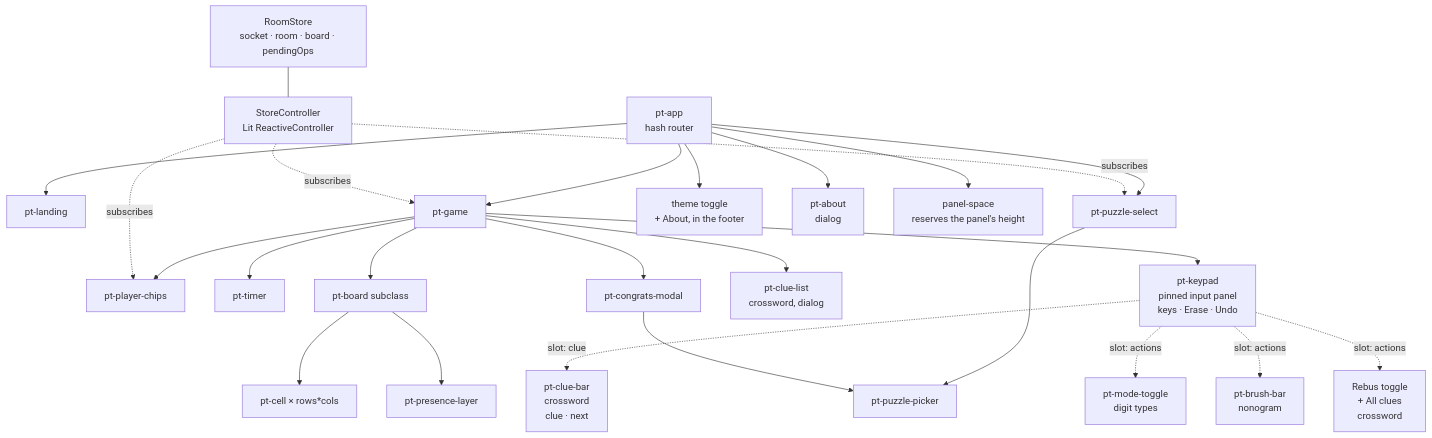
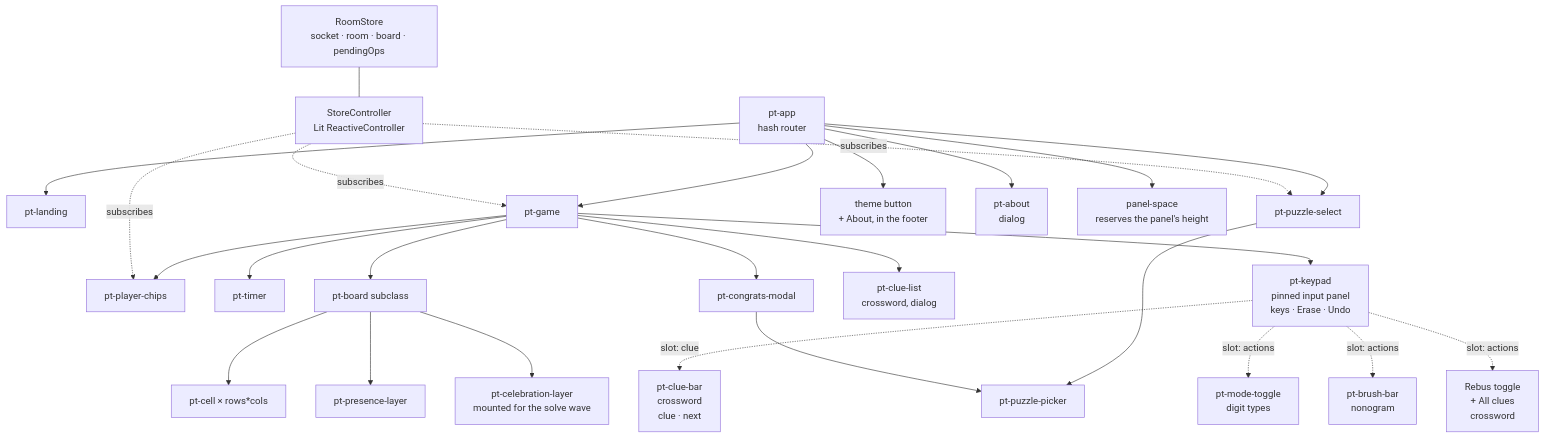
The sixth of 6 diagrams in docs/architecture.md (nikhilasm/puzzletogether), drawn with Mermaid before and after one commit. The commit also changed other lines of this file and 109 other files, not shown here.

````diff
--- a/docs/architecture.md
+++ b/docs/architecture.md
@@ -211,35 +207,36 @@
 ```mermaid
 flowchart TB
     APP["pt-app<br/>hash router"]
     APP --> LAND["pt-landing"]
     APP --> SEL["pt-puzzle-select"]
     APP --> GAME["pt-game"]
 
     GAME --> CHIPS["pt-player-chips"]
     GAME --> TIMER["pt-timer"]
     GAME --> BOARD["pt-board subclass"]
     GAME --> KEYPAD["pt-keypad<br/>pinned input panel<br/>keys · Erase · Undo"]
     GAME --> CLUELIST["pt-clue-list<br/>crossword, dialog"]
     GAME --> MODAL["pt-congrats-modal"]
 
     KEYPAD -. "slot: clue" .-> CLUEBAR["pt-clue-bar<br/>crossword<br/>clue · next"]
     KEYPAD -. "slot: actions" .-> MODE["pt-mode-toggle<br/>digit types"]
     KEYPAD -. "slot: actions" .-> BRUSH["pt-brush-bar<br/>nonogram"]
     KEYPAD -. "slot: actions" .-> REBUS["Rebus toggle<br/>+ All clues<br/>crossword"]
 
-    APP --> THEMESW["theme toggle<br/>+ About, in the footer"]
+    APP --> THEMESW["theme button<br/>+ About, in the footer"]
     APP --> ABOUT["pt-about<br/>dialog"]
     APP --> SPACE["panel-space<br/>reserves the panel's height"]
     SEL --> PICKER["pt-puzzle-picker"]
     MODAL --> PICKER
 
     BOARD --> CELL["pt-cell × rows*cols"]
     BOARD --> PRES["pt-presence-layer"]
+    BOARD --> CELEB["pt-celebration-layer<br/>mounted for the solve wave"]
 
     STORE["RoomStore<br/>socket · room · board · pendingOps"]
     CTRL["StoreController<br/>Lit ReactiveController"]
     STORE --- CTRL
     CTRL -. subscribes .-> GAME
     CTRL -. subscribes .-> SEL
     CTRL -. subscribes .-> CHIPS
 ```
````
